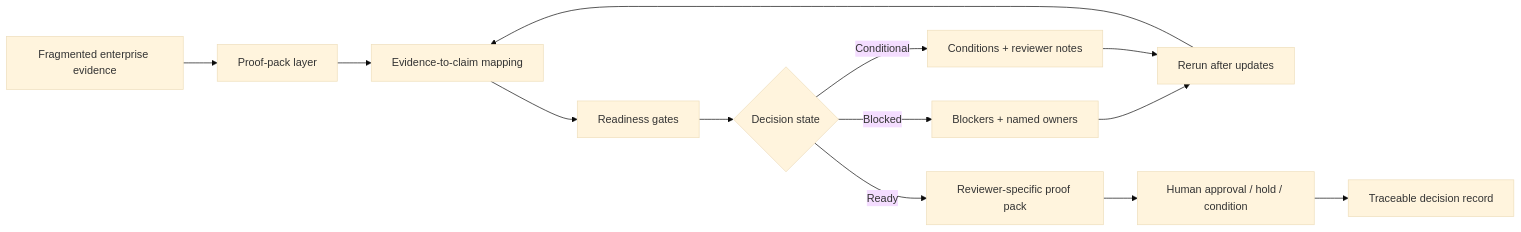
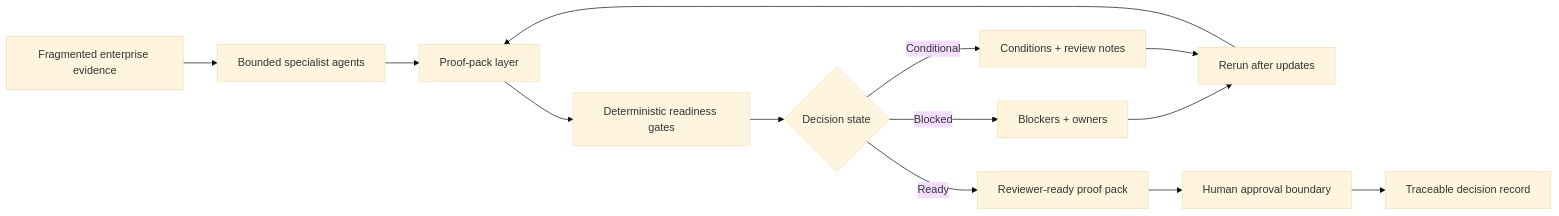
Before and after one commit to trace-os/trace-os: the diagram in README.md, drawn with Mermaid (base theme). The commit also changed other lines of this file, not shown here.

````diff
--- a/README.md
+++ b/README.md
@@ -13,18 +20,18 @@
 ```mermaid
 flowchart LR
-    A[Fragmented enterprise evidence] --> B[Proof-pack layer]
-    B --> C[Evidence-to-claim mapping]
-    C --> D[Readiness gates]
+    A[Fragmented enterprise evidence] --> B[Bounded specialist agents]
+    B --> C[Proof-pack layer]
+    C --> D[Deterministic readiness gates]
     D --> E{Decision state}
 
-    E -->|Blocked| F[Blockers + named owners]
-    E -->|Conditional| G[Conditions + reviewer notes]
-    E -->|Ready| H[Reviewer-specific proof pack]
+    E -->|Blocked| F[Blockers + owners]
+    E -->|Conditional| G[Conditions + review notes]
+    E -->|Ready| H[Reviewer-ready proof pack]
 
     F --> I[Rerun after updates]
     G --> I
     I --> C
 
-    H --> J[Human approval / hold / condition]
+    H --> J[Human approval boundary]
     J --> K[Traceable decision record]
 ```
````
